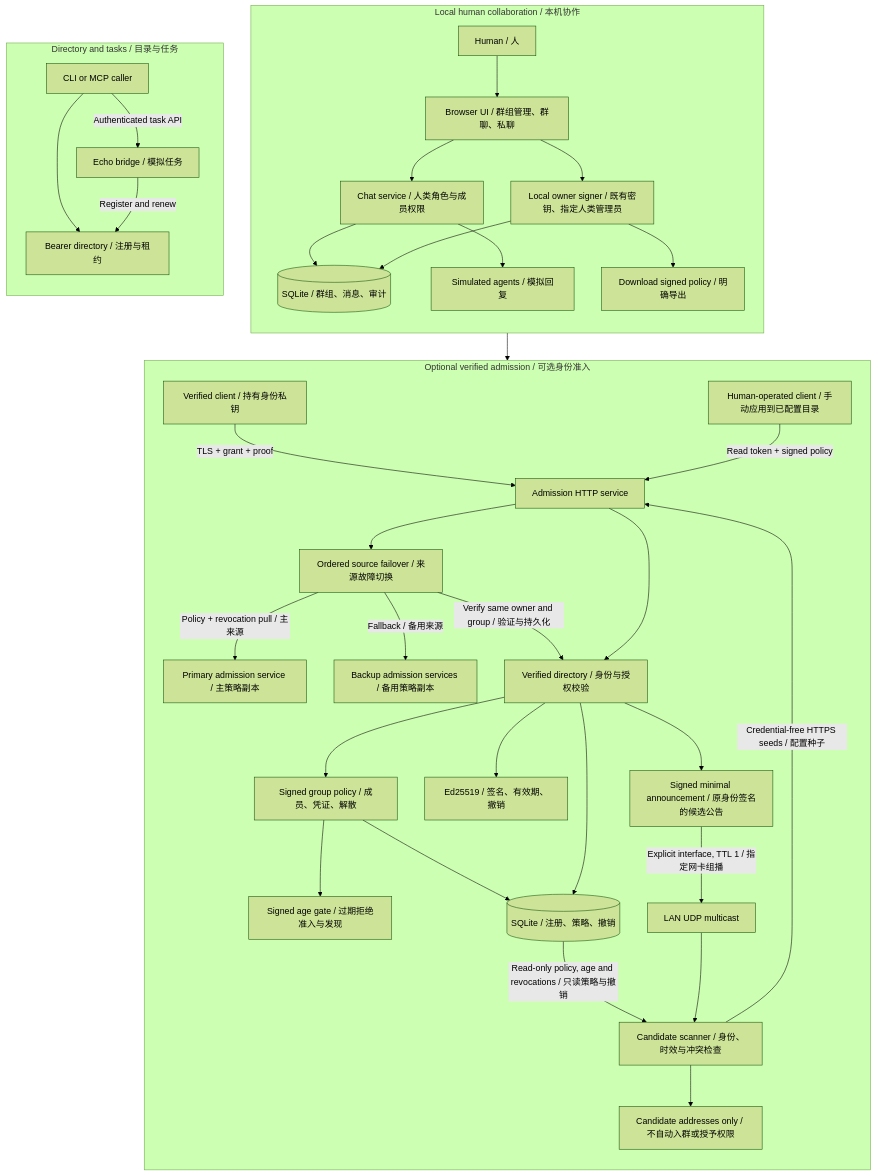
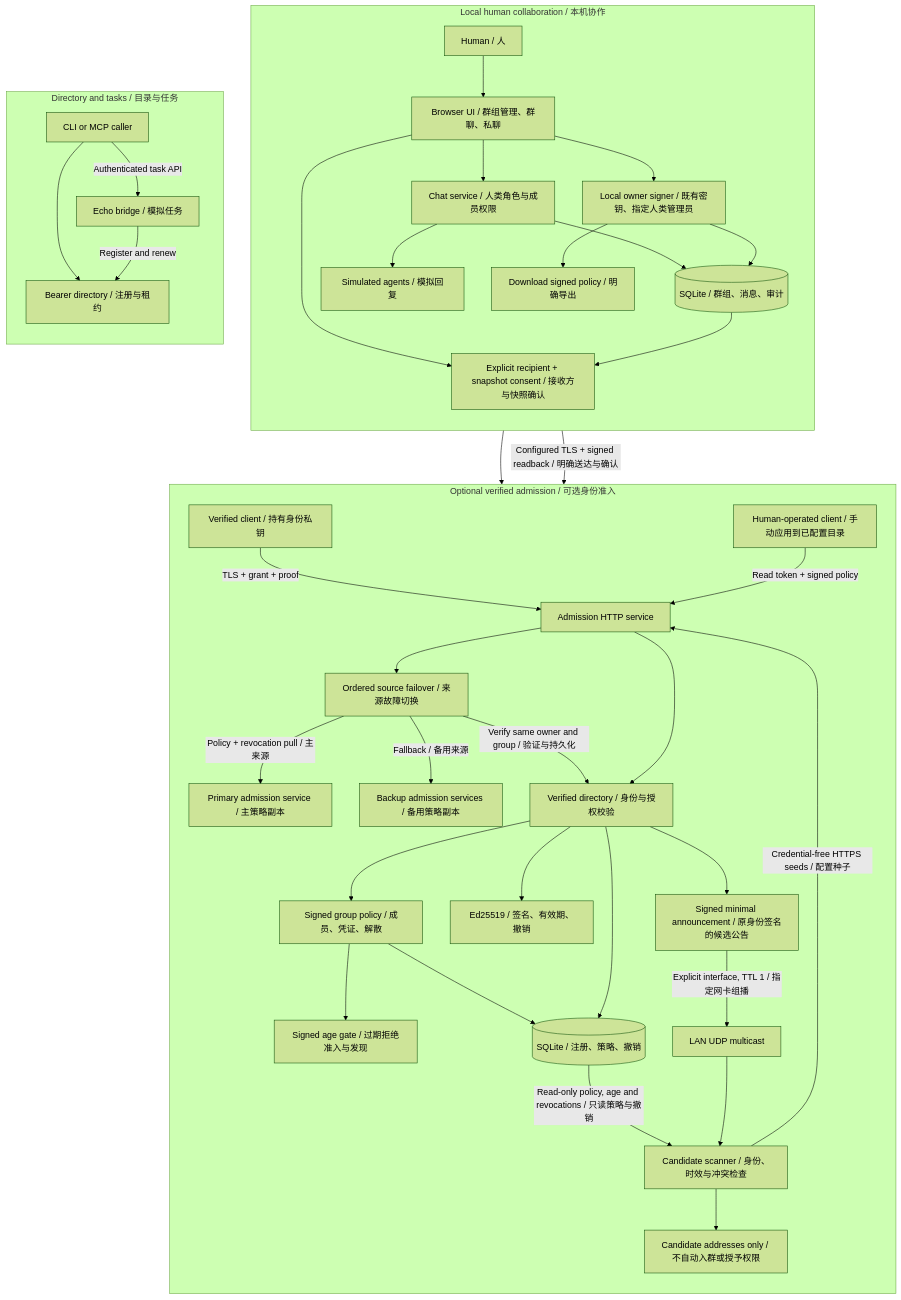
One commit to lgdu/tailnet-agents changed the first of 2 diagrams in README.md. Above: the diagram before and after it, drawn with Mermaid (forest theme). The commit also changed other lines of this file and 26 other files, not shown here.

Commit message:
feat: add explicit policy delivery and verify same-host Agents (#8)

````diff
--- a/README.md
+++ b/README.md
@@ -38,41 +38,44 @@
 ```mermaid
 flowchart TB
   subgraph CHAT["Local human collaboration / 本机协作"]
     direction TB
     H["Human / 人"] --> UI["Browser UI / 群组管理、群聊、私聊"]
     UI --> CS["Chat service / 人类角色与成员权限"]
     CS --> DB[("SQLite / 群组、消息、审计")]
     CS --> SIM["Simulated agents / 模拟回复"]
     UI --> SIGN["Local owner signer / 既有密钥、指定人类管理员"]
     SIGN --> DB
     SIGN --> EXPORT["Download signed policy / 明确导出"]
+    UI --> DELIVERY["Explicit recipient + snapshot consent / 接收方与快照确认"]
+    DB --> DELIVERY
   end
   subgraph TASK["Directory and tasks / 目录与任务"]
     direction TB
     CALL["CLI or MCP caller"] --> REG["Bearer directory / 注册与租约"]
     CALL -->|"Authenticated task API"| ECHO["Echo bridge / 模拟任务"]
     ECHO -->|"Register and renew"| REG
   end
   subgraph VERIFY["Optional verified admission / 可选身份准入"]
     direction TB
     VC["Verified client / 持有身份私钥"] -->|"TLS + grant + proof"| API["Admission HTTP service"]
     API --> SYNC["Ordered source failover / 来源故障切换"]
     SYNC -->|"Policy + revocation pull / 主来源"| PEER["Primary admission service / 主策略副本"]
     SYNC -->|"Fallback / 备用来源"| BACKUP["Backup admission services / 备用策略副本"]
     SYNC -->|"Verify same owner and group / 验证与持久化"| VD
     EXPORT --> APPLY["Human-operated client / 手动应用到已配置目录"]
     APPLY -->|"Read token + signed policy"| API
+    DELIVERY -->|"Configured TLS + signed readback / 明确送达与确认"| API
     API --> VD["Verified directory / 身份与授权校验"]
     VD --> GP["Signed group policy / 成员、凭证、解散"]
     GP --> AGE["Signed age gate / 过期拒绝准入与发现"]
     VD --> ID["Ed25519 / 签名、有效期、撤销"]
     VD --> VDB[("SQLite / 注册、策略、撤销")]
     GP --> VDB
     VD --> ANN["Signed minimal announcement / 原身份签名的候选公告"]
     ANN -->|"Explicit interface, TTL 1 / 指定网卡组播"| LAN["LAN UDP multicast"]
     LAN --> FIND["Candidate scanner / 身份、时效与冲突检查"]
     VDB -->|"Read-only policy, age and revocations / 只读策略与撤销"| FIND
     FIND -->|"Credential-free HTTPS seeds / 配置种子"| API
     FIND --> CAND["Candidate addresses only / 不自动入群或授予权限"]
   end
 ```
````
